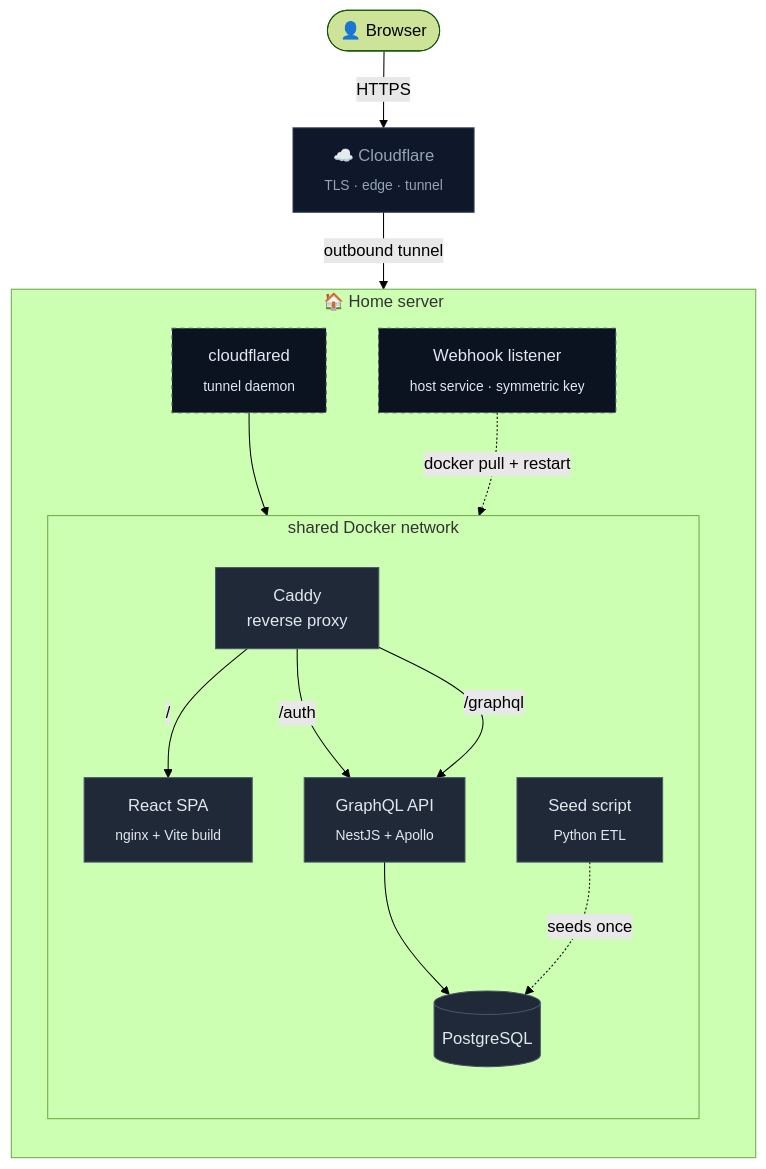
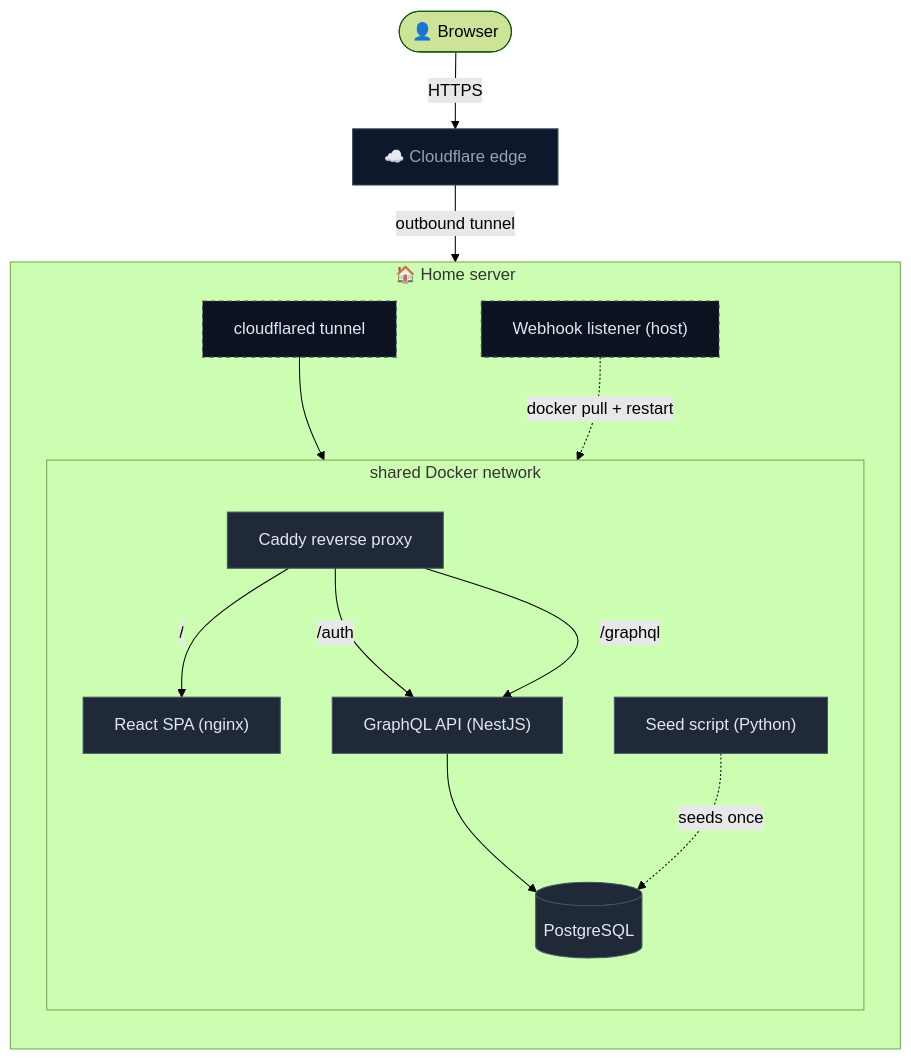
Before and after one commit to Medistat-Tiberiusgh/.github: the diagram in profile/README.md, drawn with Mermaid (forest theme).

Commit message:
Refactor README.md for clarity and formatting

````diff
--- a/profile/README.md
+++ b/profile/README.md
@@ -30,40 +30,40 @@
 ```mermaid
 flowchart TB
     user(["👤 Browser"])
-    cf["☁️ Cloudflare<br/><sub>TLS · edge · tunnel</sub>"]
+    cf["☁️ Cloudflare edge"]
 
     subgraph home["🏠 Home server"]
         direction TB
-        cft["cloudflared<br/><sub>tunnel daemon</sub>"]
-        hook["Webhook listener<br/><sub>host service · symmetric key</sub>"]
+        cft["cloudflared tunnel"]
+        hook["Webhook listener (host)"]
 
         subgraph net["shared Docker network"]
             direction TB
-            caddy["Caddy<br/>reverse proxy"]
-            spa["React SPA<br/><sub>nginx + Vite build</sub>"]
-            api["GraphQL API<br/><sub>NestJS + Apollo</sub>"]
+            caddy["Caddy reverse proxy"]
+            spa["React SPA (nginx)"]
+            api["GraphQL API (NestJS)"]
             db[("PostgreSQL")]
-            etl["Seed script<br/><sub>Python ETL</sub>"]
+            etl["Seed script (Python)"]
         end
     end
 
     user -->|HTTPS| cf
     cf -->|outbound tunnel| cft
     cft --> caddy
 
     caddy -->|/| spa
     caddy -->|/auth| api
     caddy -->|/graphql| api
 
     api --> db
     etl -. seeds once .-> db
 
     hook -. docker pull + restart .-> api
 
     classDef container fill:#1f2937,stroke:#475569,color:#e2e8f0
     classDef external fill:#0f172a,stroke:#334155,color:#94a3b8
     classDef host fill:#0b1220,stroke:#475569,color:#e2e8f0,stroke-dasharray: 4 4
     class caddy,spa,api,db,etl container
     class cf external
     class cft,hook host
 ```
````
